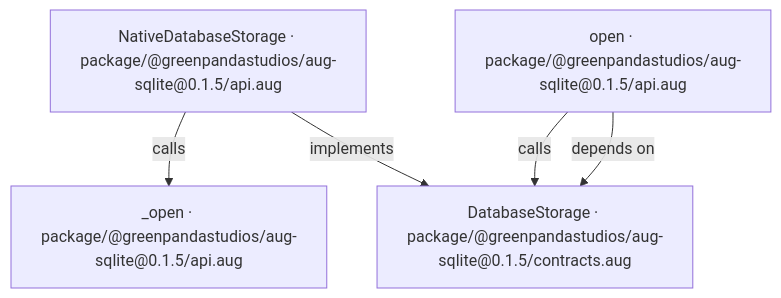
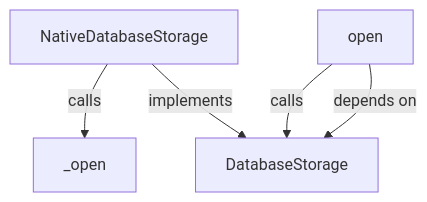
The first of 7 diagrams in docs/examples/native-sqlite/dependencies/packages/@greenpandastudios/aug-sqlite/0.1.5/api-diagrams.md (GreenPandaStudios/augscript), drawn with Mermaid before and after one commit. The commit also changed other lines of this file and 524 other files, not shown here.

Commit message:
Explain checked data flow at folder and service levels

````diff
--- a/docs/examples/native-sqlite/dependencies/packages/@greenpandastudios/aug-sqlite/0.1.5/api-diagrams.md
+++ b/docs/examples/native-sqlite/dependencies/packages/@greenpandastudios/aug-sqlite/0.1.5/api-diagrams.md
@@ -19,11 +19,11 @@
 ```mermaid
 flowchart TD
-    n0["NativeDatabaseStorage · package/@greenpandastudios/aug-sqlite@0.1.5/api.aug"]
-    n1["_open · package/@greenpandastudios/aug-sqlite@0.1.5/api.aug"]
-    n2["open · package/@greenpandastudios/aug-sqlite@0.1.5/api.aug"]
-    n3["DatabaseStorage · package/@greenpandastudios/aug-sqlite@0.1.5/contracts.aug"]
+    n0["NativeDatabaseStorage"]
+    n1["_open"]
+    n2["open"]
+    n3["DatabaseStorage"]
     n0 -->|"calls"| n1
     n0 -->|"implements"| n3
     n2 -->|"calls"| n3
     n2 -->|"depends on"| n3
 ```
````
